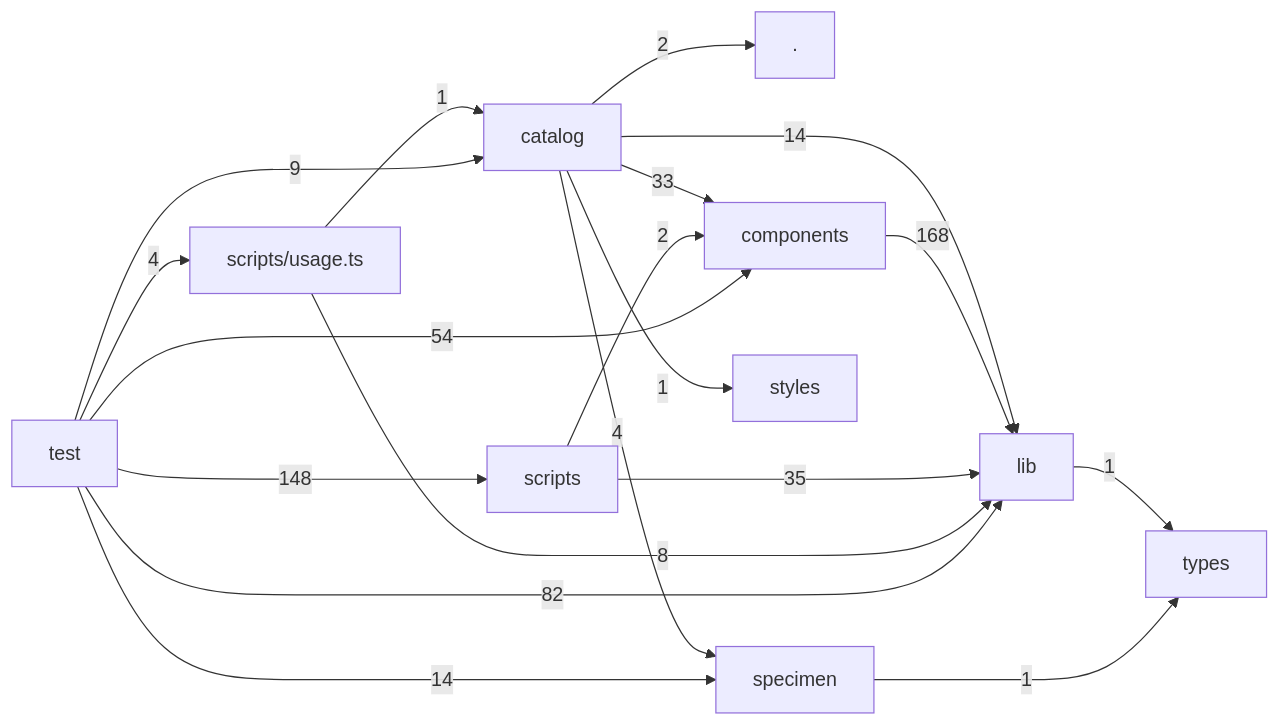
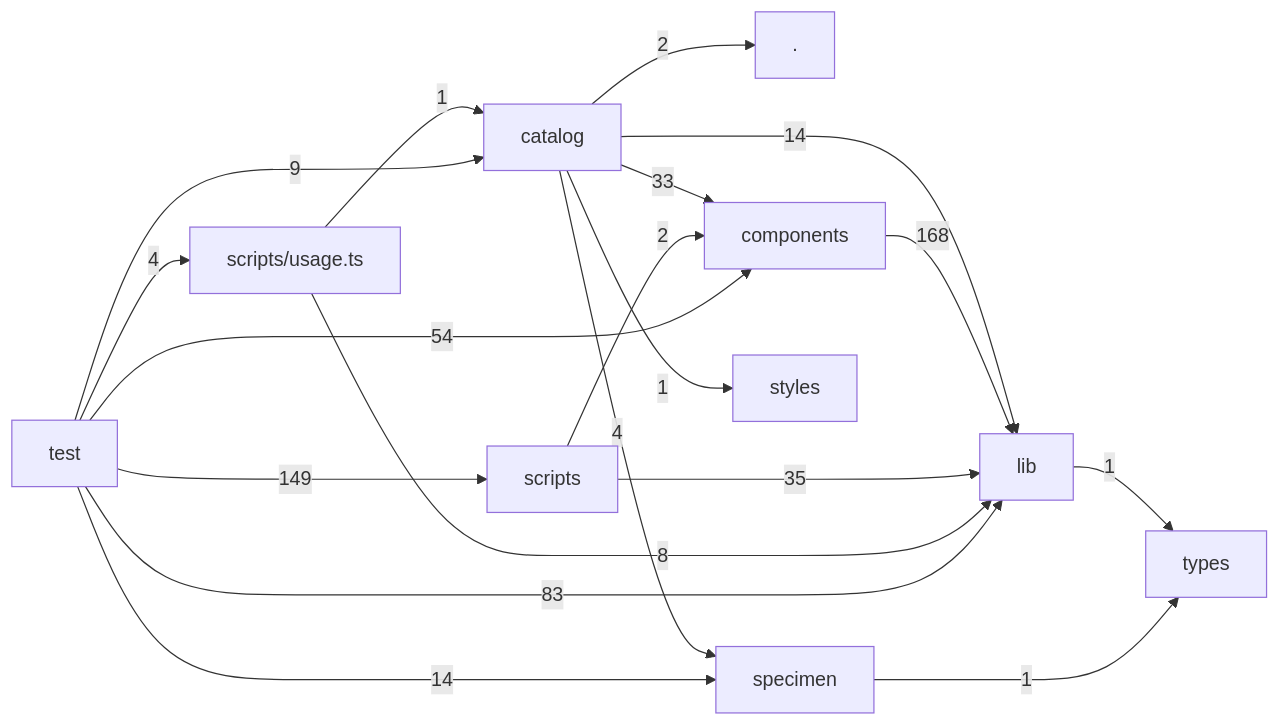
One commit to hackersandwizards/slides changed the diagram in docs/architecture/layers.md. Above: the diagram before and after it, drawn with Mermaid. The commit also changed 32 other files, not shown here.

````diff
--- a/docs/architecture/layers.md
+++ b/docs/architecture/layers.md
@@ -3,31 +3,31 @@
 ```mermaid
 graph LR
   L0["."]
   L1["catalog"]
   L2["components"]
   L3["lib"]
   L4["scripts"]
   L5["scripts/usage.ts"]
   L6["specimen"]
   L7["styles"]
   L8["test"]
   L9["types"]
   L1 -->|2| L0
   L1 -->|33| L2
   L1 -->|14| L3
   L1 -->|4| L6
   L1 -->|1| L7
   L2 -->|168| L3
   L3 -->|1| L9
   L4 -->|2| L2
   L4 -->|35| L3
   L5 -->|1| L1
   L5 -->|8| L3
   L6 -->|1| L9
   L8 -->|9| L1
   L8 -->|54| L2
-  L8 -->|82| L3
-  L8 -->|148| L4
+  L8 -->|83| L3
+  L8 -->|149| L4
   L8 -->|4| L5
   L8 -->|14| L6
 ```
````
